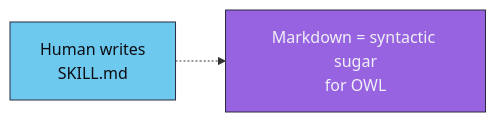
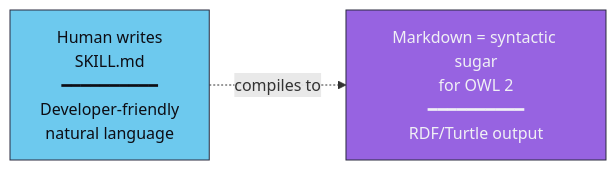
Before and after one commit to mareasoftware/ontoclaw: the second of 5 diagrams in PHILOSOPHY.md, drawn with Mermaid. The commit also changed other lines of this file and 1 other file, not shown here.

First line of the commit message:
docs: add detailed explanations to mermaid diagrams

````diff
--- a/PHILOSOPHY.md
+++ b/PHILOSOPHY.md
@@ -37,7 +40,7 @@
 ```mermaid
 flowchart LR
-    MD["Human writes<br/>SKILL.md"] -.-> NOTE["Markdown = syntactic sugar<br/>for OWL"]
+    MD["Human writes<br/>SKILL.md<br/>━━━━━━━━━━<br/>Developer-friendly<br/>natural language"] -.->|"compiles to"| NOTE["Markdown = syntactic sugar<br/>for OWL 2<br/>━━━━━━━━━━<br/>RDF/Turtle output"]
 
     style MD fill:#6dc9ee,stroke:#2a2a3e,color:#0d0d14
     style NOTE fill:#9763e1,stroke:#2a2a3e,color:#f0f0f5
 ```
````
